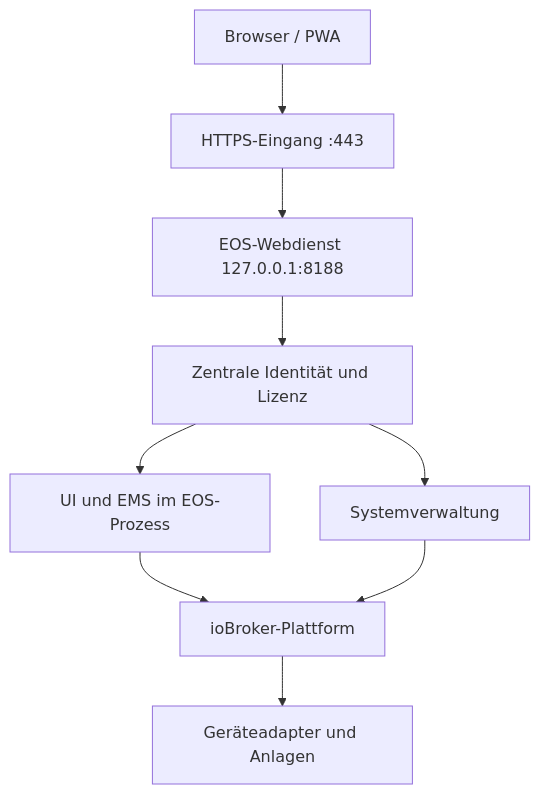
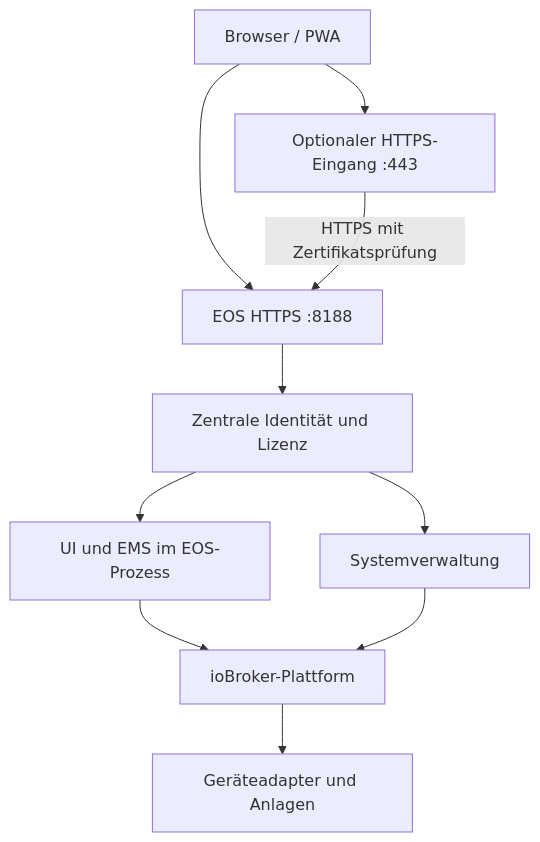
Before and after one commit to NexoWatt/ioBroker.eos-admin: the diagram in docs/unified/ARCHITECTURE.md, drawn with Mermaid. The commit also changed other lines of this file and 148 other files, not shown here.

````diff
--- a/docs/unified/ARCHITECTURE.md
+++ b/docs/unified/ARCHITECTURE.md
@@ -18,11 +18,12 @@
 ```mermaid
 flowchart TD
-  B["Browser / PWA"] --> H["HTTPS-Eingang :443"]
-  H --> W["EOS-Webdienst 127.0.0.1:8188"]
+  B["Browser / PWA"] --> W["EOS HTTPS :8188"]
+  B --> H["Optionaler HTTPS-Eingang :443"]
+  H -->|"HTTPS mit Zertifikatsprüfung"| W
   W --> I["Zentrale Identität und Lizenz"]
   I --> U["UI und EMS im EOS-Prozess"]
   I --> A["Systemverwaltung"]
   U --> C["ioBroker-Plattform"]
   A --> C
   C --> D["Geräteadapter und Anlagen"]
 ```
````
